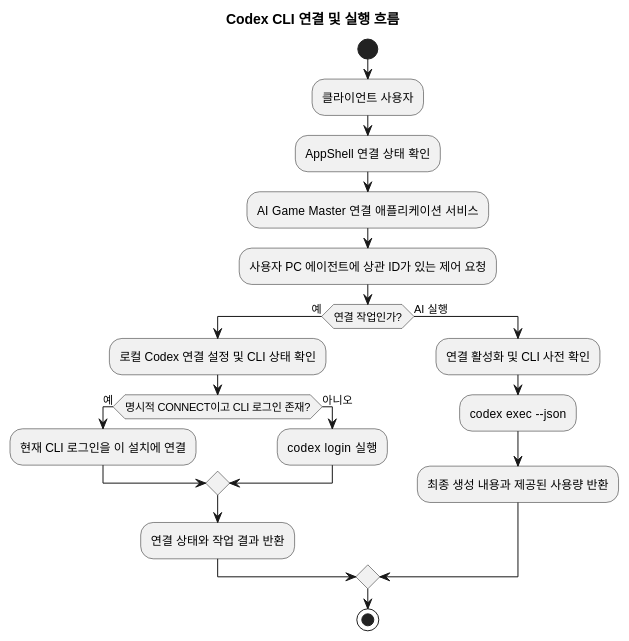
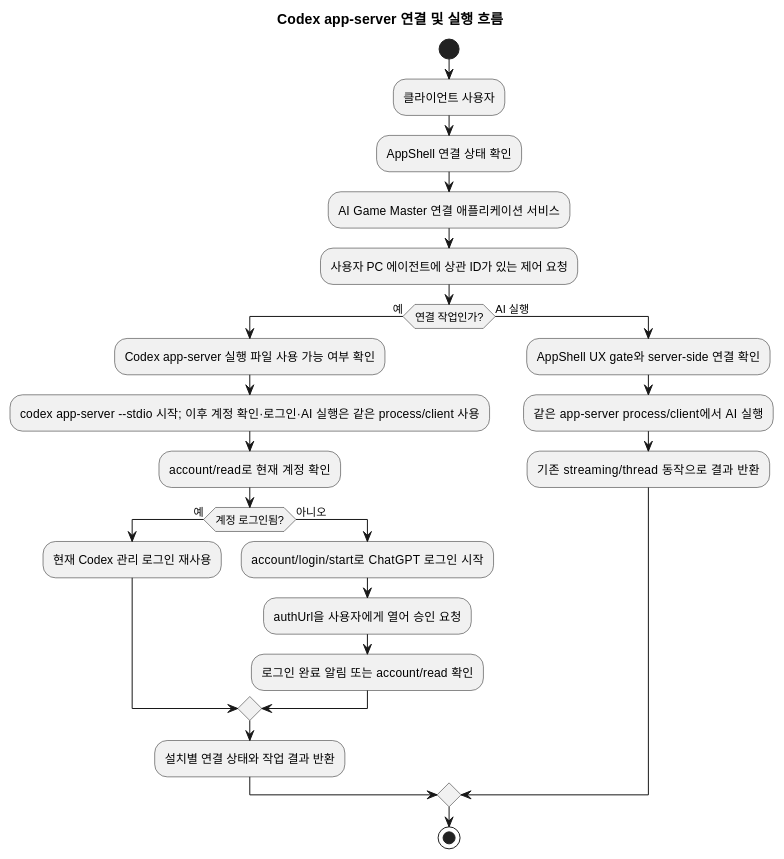
One commit to omegafrog/dnd-master changed the first of 8 diagrams in docs/specs/codex-cli-oauth/architecture-spec.md. Above: the diagram before and after it, drawn with PlantUML. The commit also changed other lines of this file and 5 other files, not shown here.

Commit message:
docs: align Codex OAuth plan with app-server

````diff
--- a/docs/specs/codex-cli-oauth/architecture-spec.md
+++ b/docs/specs/codex-cli-oauth/architecture-spec.md
@@ -36,24 +36,28 @@
 ```plantuml
 @startuml
-title Codex CLI 연결 및 실행 흐름
+title Codex app-server 연결 및 실행 흐름
 start
 :클라이언트 사용자;
 :AppShell 연결 상태 확인;
 :AI Game Master 연결 애플리케이션 서비스;
 :사용자 PC 에이전트에 상관 ID가 있는 제어 요청;
 if (연결 작업인가?) then (예)
-  :로컬 Codex 연결 설정 및 CLI 상태 확인;
-  if (명시적 CONNECT이고 CLI 로그인 존재?) then (예)
-    :현재 CLI 로그인을 이 설치에 연결;
+  :Codex app-server 실행 파일 사용 가능 여부 확인;
+  :codex app-server --stdio 시작; 이후 계정 확인·로그인·AI 실행은 같은 process/client 사용;
+  :account/read로 현재 계정 확인;
+  if (계정 로그인됨?) then (예)
+    :현재 Codex 관리 로그인 재사용;
   else (아니오)
-    :codex login 실행;
+    :account/login/start로 ChatGPT 로그인 시작;
+    :authUrl을 사용자에게 열어 승인 요청;
+    :로그인 완료 알림 또는 account/read 확인;
   endif
-  :연결 상태와 작업 결과 반환;
+  :설치별 연결 상태와 작업 결과 반환;
 else (AI 실행)
-  :연결 활성화 및 CLI 사전 확인;
-  :codex exec --json;
-  :최종 생성 내용과 제공된 사용량 반환;
+  :AppShell UX gate와 server-side 연결 확인;
+  :같은 app-server process/client에서 AI 실행;
+  :기존 streaming/thread 동작으로 결과 반환;
 endif
 stop
 @enduml
 ```
````
